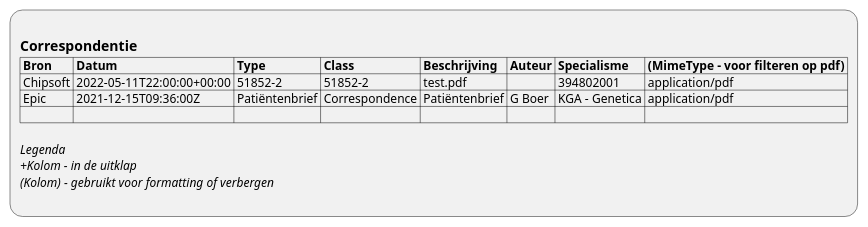
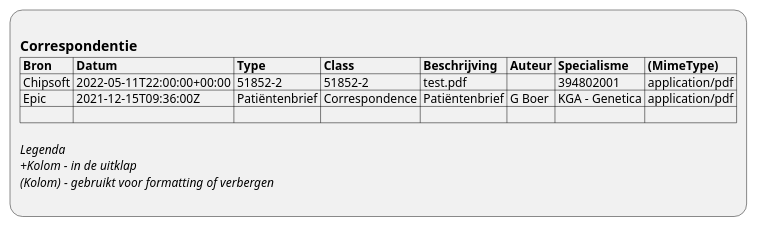
The diagram in input/images-source/ViewDefinition-DocumentReference.plantuml (RIVO-Noord/zorgviewer-ig), drawn with PlantUML before and after one commit. The commit also changed 5 other files, not shown here.

```diff
--- a/input/images-source/ViewDefinition-DocumentReference.plantuml
+++ b/input/images-source/ViewDefinition-DocumentReference.plantuml
@@ -1,13 +1,13 @@
 @startuml ViewDefinition-DocumentReference
 :
 == Correspondentie
-|= Bron |= Datum |= Type |= Class |= Beschrijving |= Auteur |= Specialisme |= (MimeType - voor filteren op pdf) |
+|= Bron |= Datum |= Type |= Class |= Beschrijving |= Auteur |= Specialisme |= (MimeType) |
 | Chipsoft | 2022-05-11T22:00:00+00:00 | 51852-2 | 51852-2 | test.pdf |  | 394802001 | application/pdf |
 | Epic | 2021-12-15T09:36:00Z | Patiëntenbrief | Correspondence | Patiëntenbrief | G Boer | KGA - Genetica | application/pdf |
 | |
 
 //Legenda//
 //+Kolom - in de uitklap//
 //(Kolom) - gebruikt voor formatting of verbergen//
 ;
 @enduml
```
